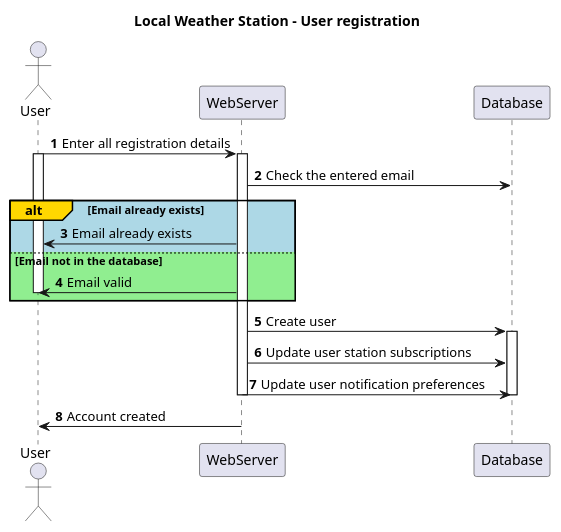
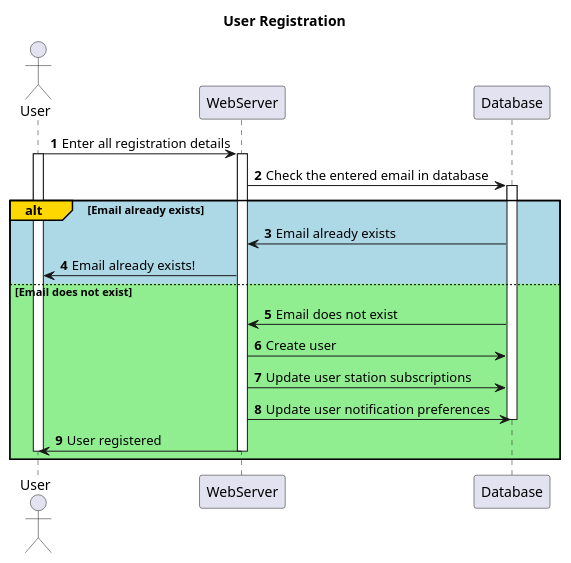
The diagram in diagrams/sequence/Registration.puml (ooad-sv/semester-project-design), drawn with PlantUML before and after one commit. The commit also changed 6 other files, not shown here.

Commit message:
updated sequence

```diff
--- a/diagrams/sequence/Registration.puml
+++ b/diagrams/sequence/Registration.puml
@@ -1,27 +1,27 @@
 @startuml
 'https://plantuml.com/sequence-diagram
-title Local Weather Station - User registration
+title User Registration
 autonumber
 actor User
 participant WebServer
 participant Database
 
 User -> WebServer: Enter all registration details
 activate User
 activate WebServer
-WebServer -> Database: Check the entered email
+WebServer -> Database: Check the entered email in database
+activate Database
 alt#Gold #LightBlue Email already exists
-    WebServer -> User: Email already exists
-else #LightGreen Email not in the database
-    WebServer -> User: Email valid
-    deactivate User
-end
+    Database -> WebServer: Email already exists
+    WebServer -> User: Email already exists!
+else #LightGreen Email does not exist
+    Database -> WebServer: Email does not exist
 WebServer -> Database: Create user
-activate Database
 WebServer -> Database: Update user station subscriptions
 WebServer -> Database: Update user notification preferences
 deactivate Database
+WebServer -> User: User registered
 deactivate WebServer
-WebServer -> User: Account created
 deactivate User
+end
 @enduml
```
